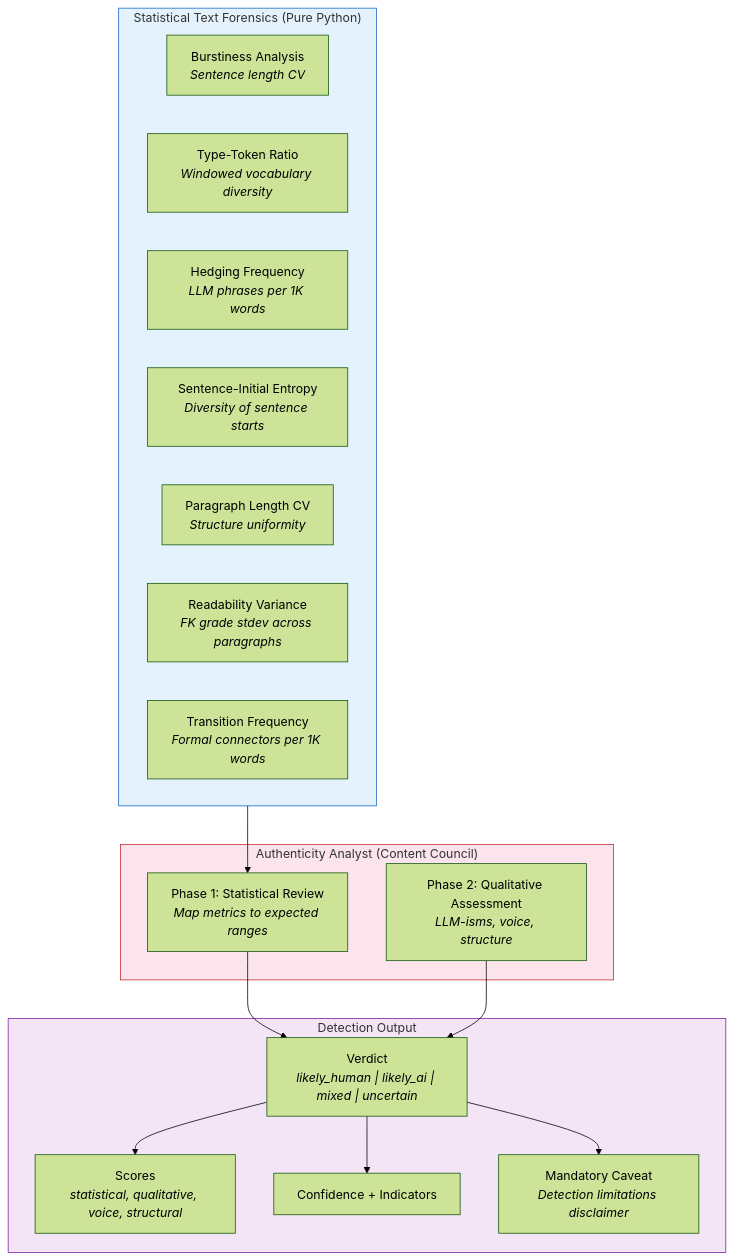
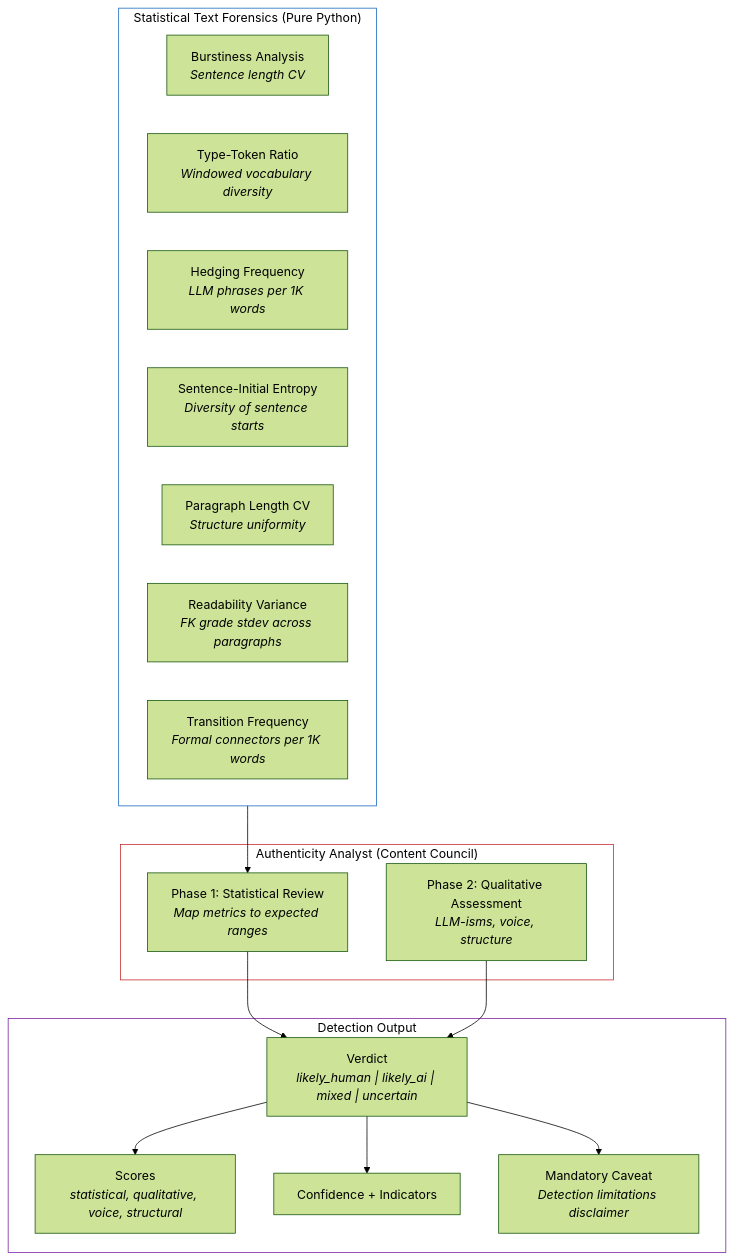
Before and after one commit to SacredWizard/themis: diagram 12 of 13 in design/ARCHITECTURE.md, drawn with Mermaid (forest theme). The commit also changed other lines of this file, not shown here.

````diff
--- a/design/ARCHITECTURE.md
+++ b/design/ARCHITECTURE.md
@@ -807,35 +808,35 @@
 ```mermaid
 flowchart TB
     subgraph Forensics["Statistical Text Forensics (Pure Python)"]
         BB["Burstiness Analysis<br/><i>Sentence length CV</i>"]
         TTR["Type-Token Ratio<br/><i>Windowed vocabulary diversity</i>"]
         HF["Hedging Frequency<br/><i>LLM phrases per 1K words</i>"]
         SIE["Sentence-Initial Entropy<br/><i>Diversity of sentence starts</i>"]
         PCV["Paragraph Length CV<br/><i>Structure uniformity</i>"]
         RV["Readability Variance<br/><i>FK grade stdev across paragraphs</i>"]
         TF["Transition Frequency<br/><i>Formal connectors per 1K words</i>"]
     end
 
     subgraph Detection["Authenticity Analyst (Content Council)"]
         P1["Phase 1: Statistical Review<br/><i>Map metrics to expected ranges</i>"]
         P2["Phase 2: Qualitative Assessment<br/><i>LLM-isms, voice, structure</i>"]
     end
 
     subgraph Output["Detection Output"]
         VD["Verdict<br/><i>likely_human | likely_ai | mixed | uncertain</i>"]
         SC["Scores<br/><i>statistical, qualitative, voice, structural</i>"]
         CF["Confidence + Indicators"]
         CV["Mandatory Caveat<br/><i>Detection limitations disclaimer</i>"]
     end
 
     Forensics --> P1
     P1 --> VD
     P2 --> VD
     VD --> SC
     VD --> CF
     VD --> CV
 
-    style Forensics fill:#e3f2fd,stroke:#1565C0
-    style Detection fill:#fce4ec,stroke:#C62828
-    style Output fill:#f3e5f5,stroke:#7B1FA2
+    style Forensics fill:transparent,stroke:#1565C0,color:#000
+    style Detection fill:transparent,stroke:#C62828,color:#000
+    style Output fill:transparent,stroke:#7B1FA2,color:#000
 ```
````
